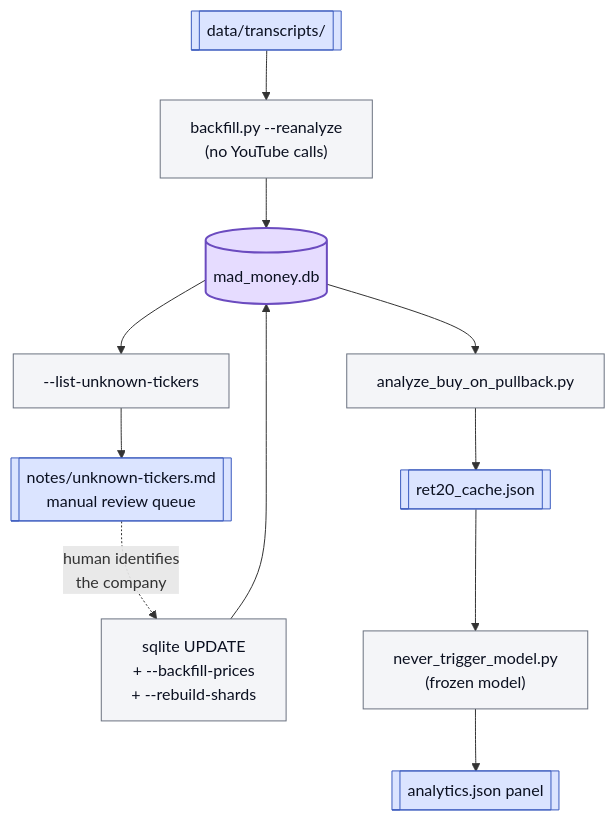
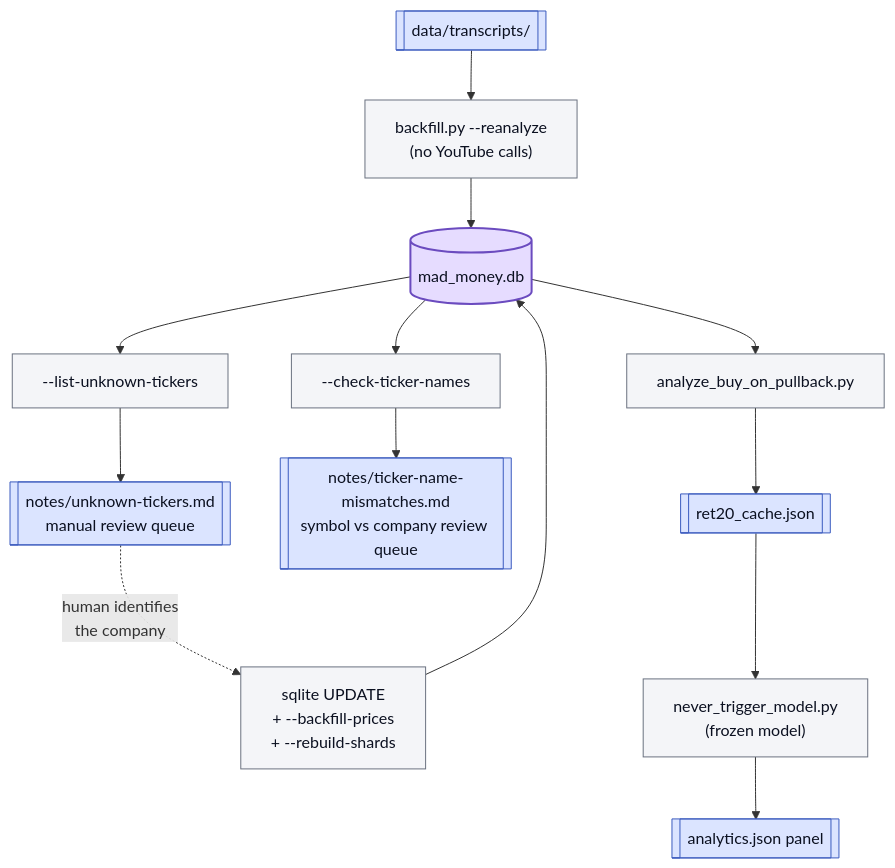
The third of 3 diagrams in notes/data-flow.md (jf-silverman/yt-words), drawn with Mermaid before and after one commit. The commit also changed other lines of this file and 2 other files, not shown here.

````diff
--- a/notes/data-flow.md
+++ b/notes/data-flow.md
@@ -130,21 +133,23 @@
 ```mermaid
 flowchart TD
     DB[("mad_money.db")] --> UNK["--list-unknown-tickers"]
     UNK --> UNKMD[["notes/unknown-tickers.md<br/>manual review queue"]]
+    DB --> CTN["--check-ticker-names"]
+    CTN --> CTNMD[["notes/ticker-name-mismatches.md<br/>symbol vs company review queue"]]
     UNKMD -.->|"human identifies<br/>the company"| FIX["sqlite UPDATE<br/>+ --backfill-prices<br/>+ --rebuild-shards"]
     FIX --> DB
 
     DB --> BOP["analyze_buy_on_pullback.py"]
     BOP --> R20[["ret20_cache.json"]]
     R20 --> NTM["never_trigger_model.py<br/>(frozen model)"]
     NTM --> ANLY[["analytics.json panel"]]
 
     TXT[["data/transcripts/"]] --> BF["backfill.py --reanalyze<br/>(no YouTube calls)"]
     BF --> DB
 
     classDef default fill:#f4f5f8,stroke:#6b7280,stroke-width:1px,color:#0b1020
     classDef store   fill:#dbe4ff,stroke:#3b5bbf,stroke-width:1px,color:#0b1020
     classDef store_db fill:#e6dcff,stroke:#6b4bbf,stroke-width:2px,color:#0b1020
-    class UNKMD,R20,ANLY,TXT store
+    class UNKMD,CTNMD,R20,ANLY,TXT store
     class DB store_db
 ```
````
